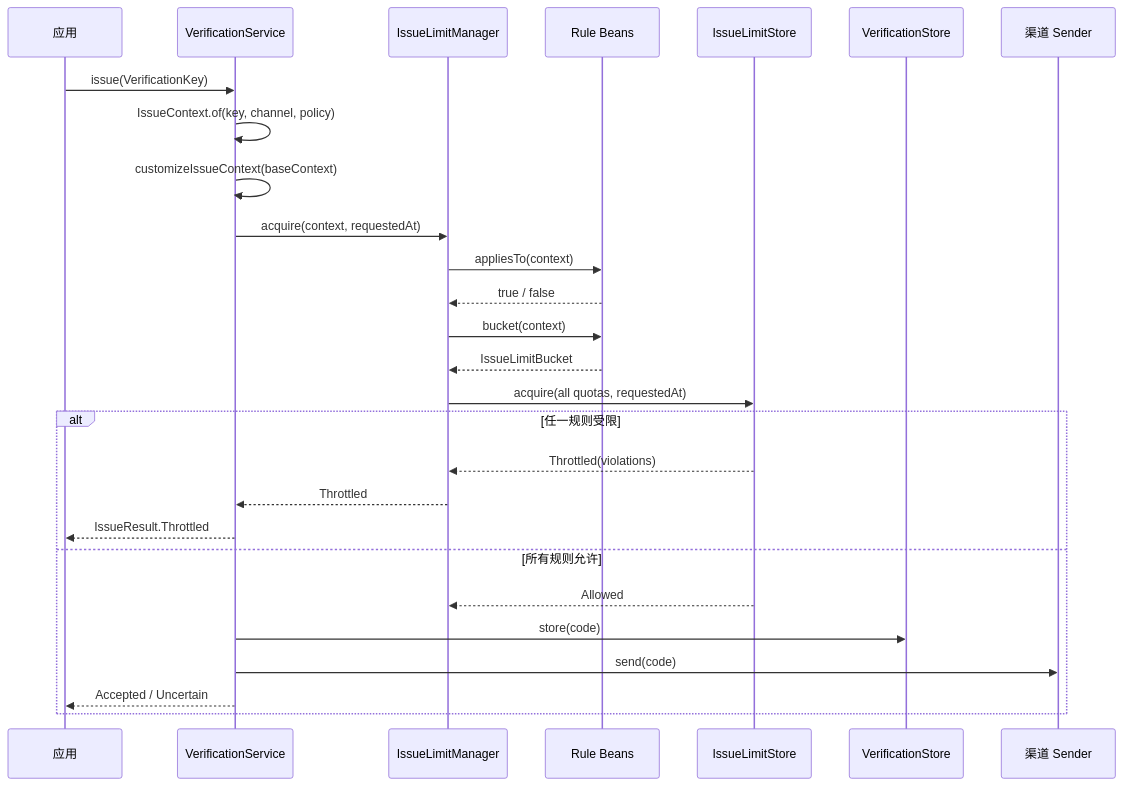
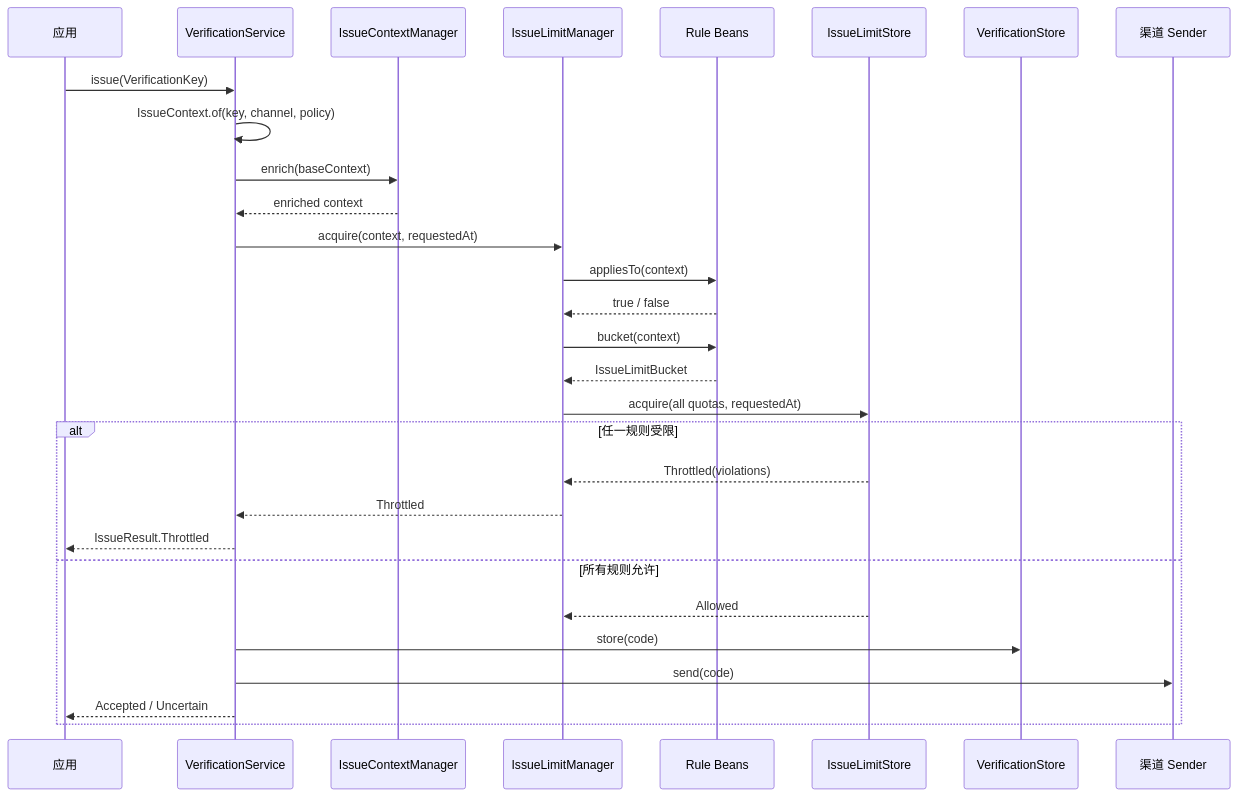
One commit to RingoTangs/ringo-boot changed the second of 2 diagrams in ringo-boot-verification/src/main/java/io/github/ringotangs/ringoboot/verification/limit/README.md. Above: the diagram before and after it, drawn with Mermaid. The commit also changed other lines of this file and 4 other files, not shown here.

````diff
--- a/ringo-boot-verification/src/main/java/io/github/ringotangs/ringoboot/verification/limit/README.md
+++ b/ringo-boot-verification/src/main/java/io/github/ringotangs/ringoboot/verification/limit/README.md
@@ -302,30 +260,32 @@
 ```mermaid
 sequenceDiagram
     participant App as 应用
     participant Service as VerificationService
+    participant ContextManager as IssueContextManager
     participant Manager as IssueLimitManager
     participant Rule as Rule Beans
     participant LimitStore as IssueLimitStore
     participant CodeStore as VerificationStore
     participant Sender as 渠道 Sender
 
     App->>Service: issue(VerificationKey)
     Service->>Service: IssueContext.of(key, channel, policy)
-    Service->>Service: customizeIssueContext(baseContext)
+    Service->>ContextManager: enrich(baseContext)
+    ContextManager-->>Service: enriched context
     Service->>Manager: acquire(context, requestedAt)
     Manager->>Rule: appliesTo(context)
     Rule-->>Manager: true / false
     Manager->>Rule: bucket(context)
     Rule-->>Manager: IssueLimitBucket
     Manager->>LimitStore: acquire(all quotas, requestedAt)
     alt 任一规则受限
         LimitStore-->>Manager: Throttled(violations)
         Manager-->>Service: Throttled
         Service-->>App: IssueResult.Throttled
     else 所有规则允许
         LimitStore-->>Manager: Allowed
         Service->>CodeStore: store(code)
         Service->>Sender: send(code)
         Service-->>App: Accepted / Uncertain
     end
 ```
````
